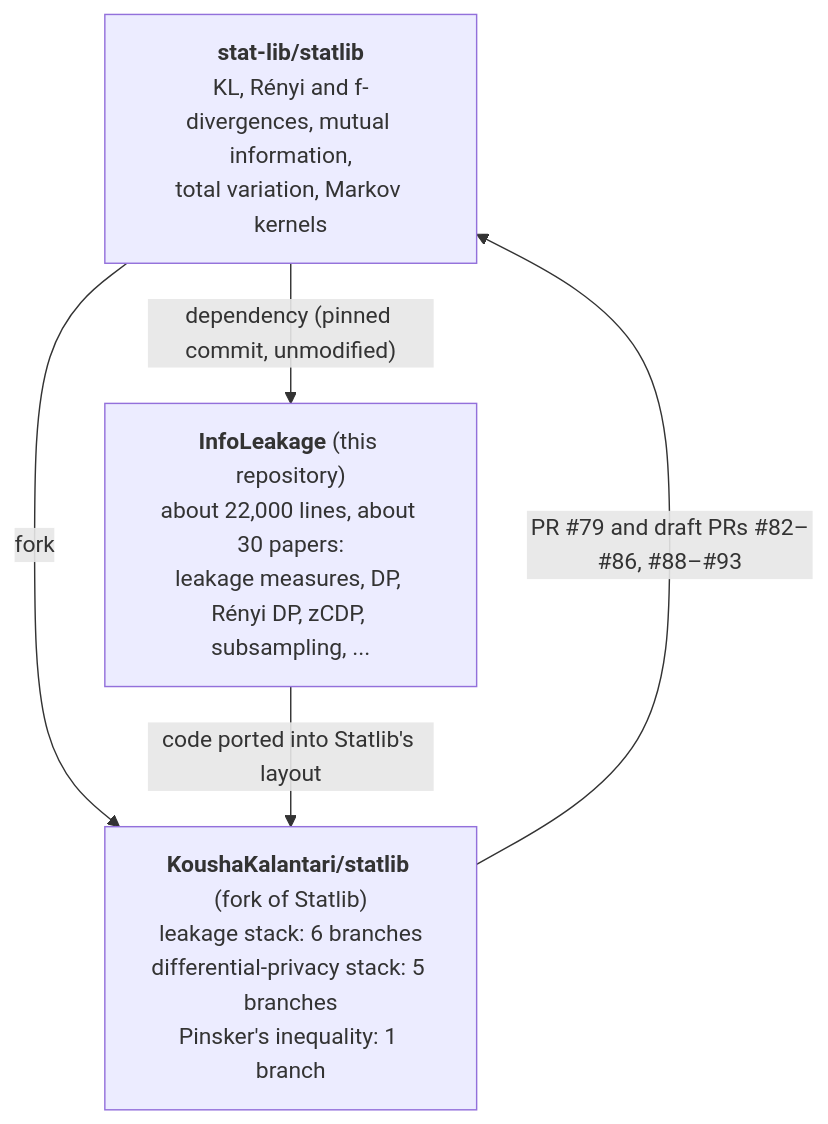
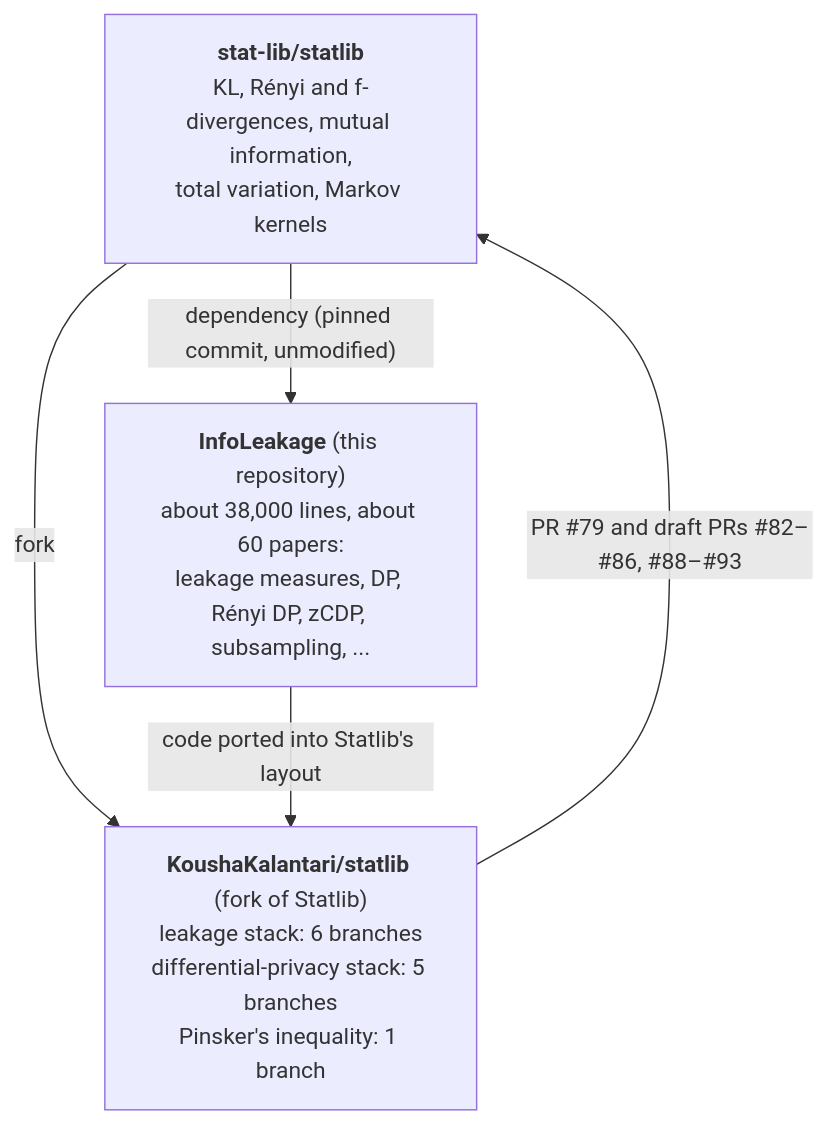
Before and after one commit to KoushaKalantari/InfoLeakage: the diagram in README.md, drawn with Mermaid.

Commit message:
README: update library size in the Statlib diagram

````diff
--- a/README.md
+++ b/README.md
@@ -37,10 +37,10 @@
 ```mermaid
 flowchart TB
   S["<b>stat-lib/statlib</b><br/>KL, Rényi and f-divergences, mutual information,<br/>total variation, Markov kernels"]
-  I["<b>InfoLeakage</b> (this repository)<br/>about 22,000 lines, about 30 papers:<br/>leakage measures, DP, Rényi DP, zCDP, subsampling, ..."]
+  I["<b>InfoLeakage</b> (this repository)<br/>about 38,000 lines, about 60 papers:<br/>leakage measures, DP, Rényi DP, zCDP, subsampling, ..."]
   F["<b>KoushaKalantari/statlib</b> (fork of Statlib)<br/>leakage stack: 6 branches<br/>differential-privacy stack: 5 branches<br/>Pinsker's inequality: 1 branch"]
   S -- "dependency (pinned commit, unmodified)" --> I
   S -- "fork" --> F
   I -- "code ported into Statlib's layout" --> F
   F -- "PR #79 and draft PRs #82–#86, #88–#93" --> S
 ```
````
